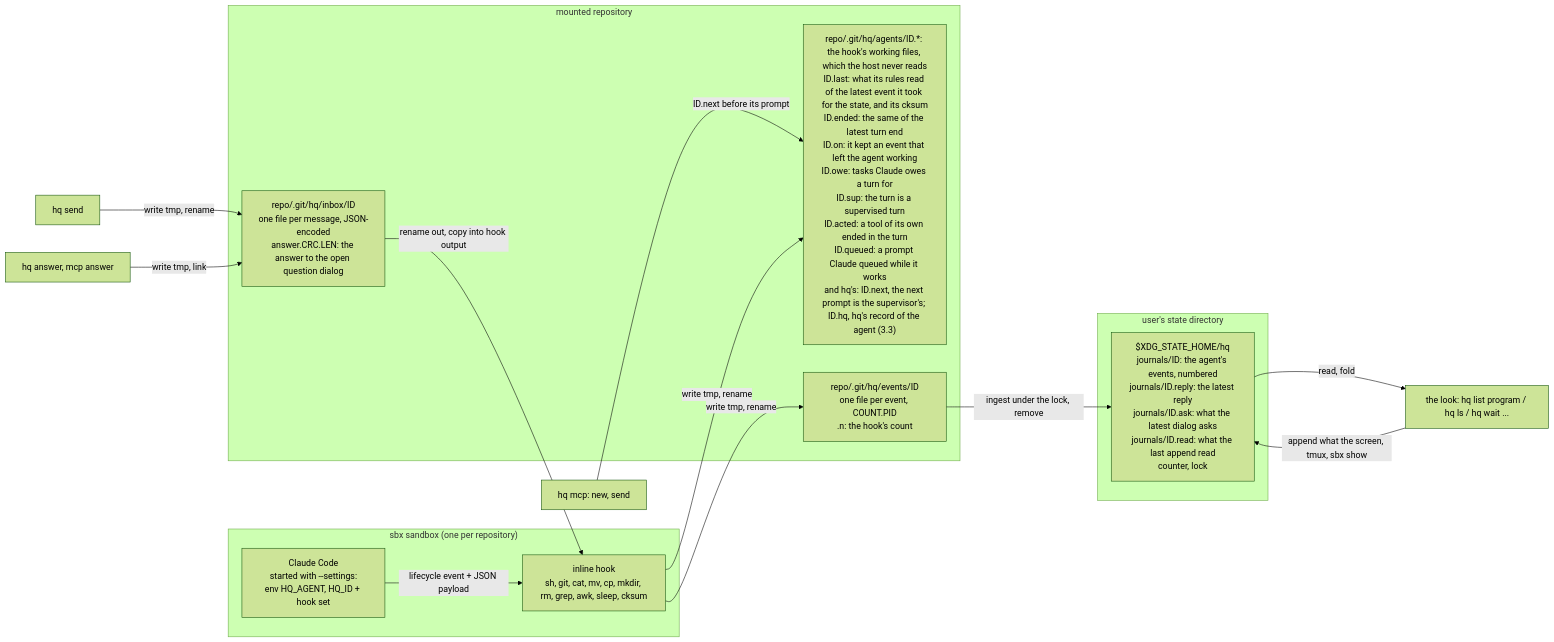
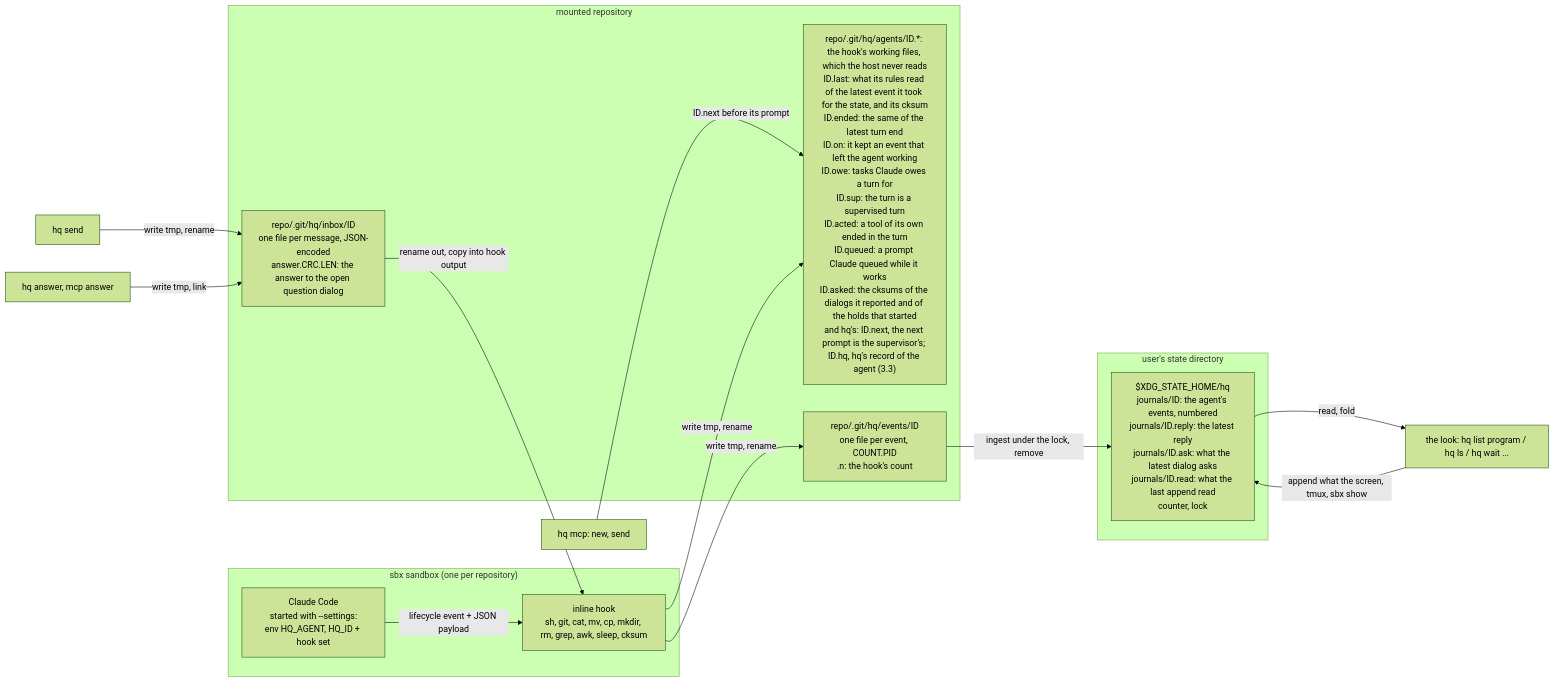
The second of 4 diagrams in docs/design/hq.md (rkrysinski/hq), drawn with Mermaid (forest theme) before and after one commit. The commit also changed other lines of this file and 8 other files, not shown here.

First line of the commit message:
End the question dialog's hook at once when it first looks after its dialog closed (#262)

````diff
--- a/docs/design/hq.md
+++ b/docs/design/hq.md
@@ -88,25 +88,25 @@
 ```mermaid
 flowchart LR
     subgraph SB["sbx sandbox (one per repository)"]
         C["Claude Code<br/>started with --settings:<br/>env HQ_AGENT, HQ_ID + hook set"]
         K["inline hook<br/>sh, git, cat, mv, cp, mkdir, rm, grep, awk, sleep, cksum"]
         C -- "lifecycle event + JSON payload" --> K
     end
     subgraph RP["mounted repository"]
-        F["repo/.git/hq/agents/ID.*: the hook's working files, which the host never reads<br/>ID.last: what its rules read of the latest event it took for the state, and its cksum<br/>ID.ended: the same of the latest turn end<br/>ID.on: it kept an event that left the agent working<br/>ID.owe: tasks Claude owes a turn for<br/>ID.sup: the turn is a supervised turn<br/>ID.acted: a tool of its own ended in the turn<br/>ID.queued: a prompt Claude queued while it works<br/>and hq's: ID.next, the next prompt is the supervisor's; ID.hq, hq's record of the agent (3.3)"]
+        F["repo/.git/hq/agents/ID.*: the hook's working files, which the host never reads<br/>ID.last: what its rules read of the latest event it took for the state, and its cksum<br/>ID.ended: the same of the latest turn end<br/>ID.on: it kept an event that left the agent working<br/>ID.owe: tasks Claude owes a turn for<br/>ID.sup: the turn is a supervised turn<br/>ID.acted: a tool of its own ended in the turn<br/>ID.queued: a prompt Claude queued while it works<br/>ID.asked: the cksums of the dialogs it reported and of the holds that started<br/>and hq's: ID.next, the next prompt is the supervisor's; ID.hq, hq's record of the agent (3.3)"]
         I["repo/.git/hq/inbox/ID<br/>one file per message, JSON-encoded<br/>answer.CRC.LEN: the answer to the open question dialog"]
         E["repo/.git/hq/events/ID<br/>one file per event, COUNT.PID<br/>.n: the hook's count"]
     end
     subgraph ST["user's state directory"]
         J["$XDG_STATE_HOME/hq<br/>journals/ID: the agent's events, numbered<br/>journals/ID.reply: the latest reply<br/>journals/ID.ask: what the latest dialog asks<br/>journals/ID.read: what the last append read<br/>counter, lock"]
     end
     K -- "write tmp, rename" --> F
     K -- "write tmp, rename" --> E
     E -- "ingest under the lock, remove" --> J
     J -- "read, fold" --> LP["the look: hq list program / hq ls / hq wait ..."]
     LP -- "append what the screen, tmux, sbx show" --> J
     SEND["hq send"] -- "write tmp, rename" --> I
     I -- "rename out, copy into hook output" --> K
     MCP["hq mcp: new, send"] -- "ID.next before its prompt" --> F
     ANS["hq answer, mcp answer"] -- "write tmp, link" --> I
 ```
````
